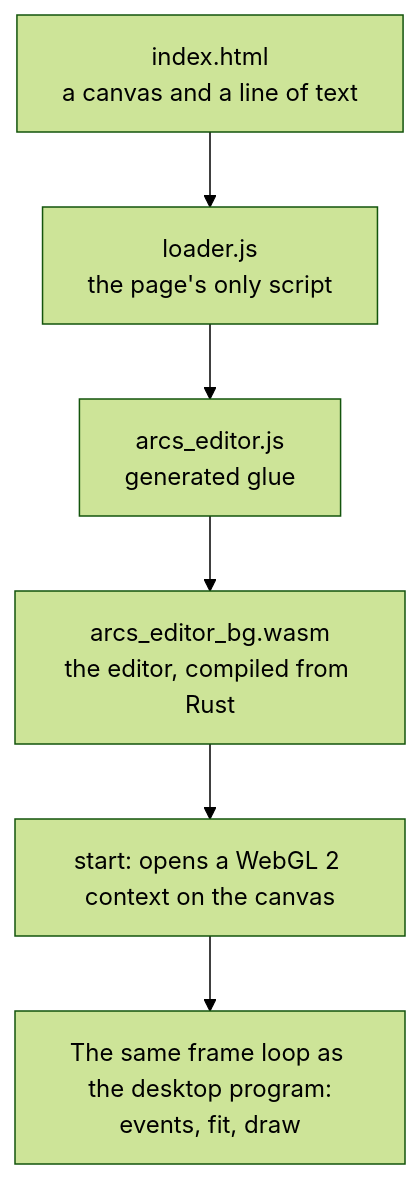
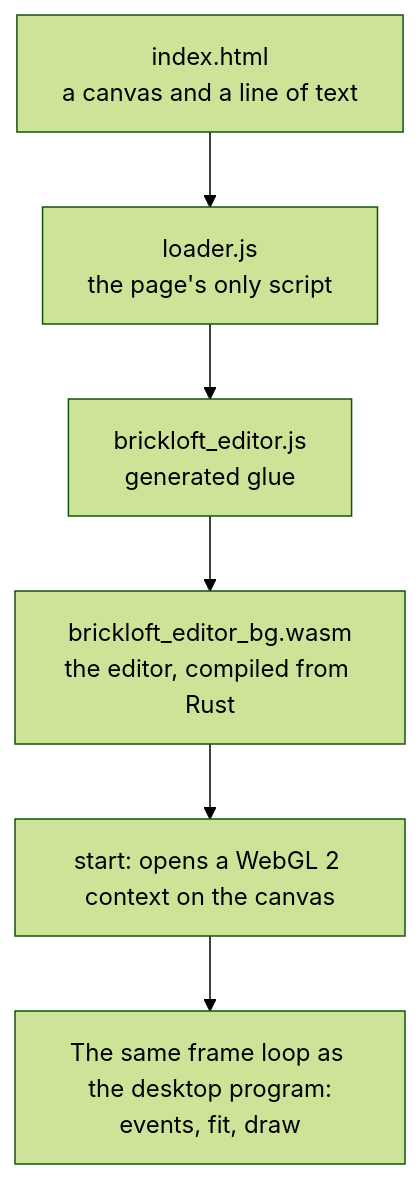
Before and after one commit to Gameboard-dev/brickloft: the diagram in docs/web-page.md, drawn with Mermaid (forest theme). The commit also changed other lines of this file and 34 other files, not shown here.

````diff
--- a/docs/web-page.md
+++ b/docs/web-page.md
@@ -78,8 +78,8 @@
 ```mermaid
 flowchart TD
     A[index.html<br/>a canvas and a line of text] --> B[loader.js<br/>the page's only script]
-    B --> C[arcs_editor.js<br/>generated glue]
-    C --> D[arcs_editor_bg.wasm<br/>the editor, compiled from Rust]
+    B --> C[brickloft_editor.js<br/>generated glue]
+    C --> D[brickloft_editor_bg.wasm<br/>the editor, compiled from Rust]
     D --> E[start: opens a WebGL 2 context on the canvas]
     E --> F[The same frame loop as the desktop program:<br/>events, fit, draw]
 ```
````
